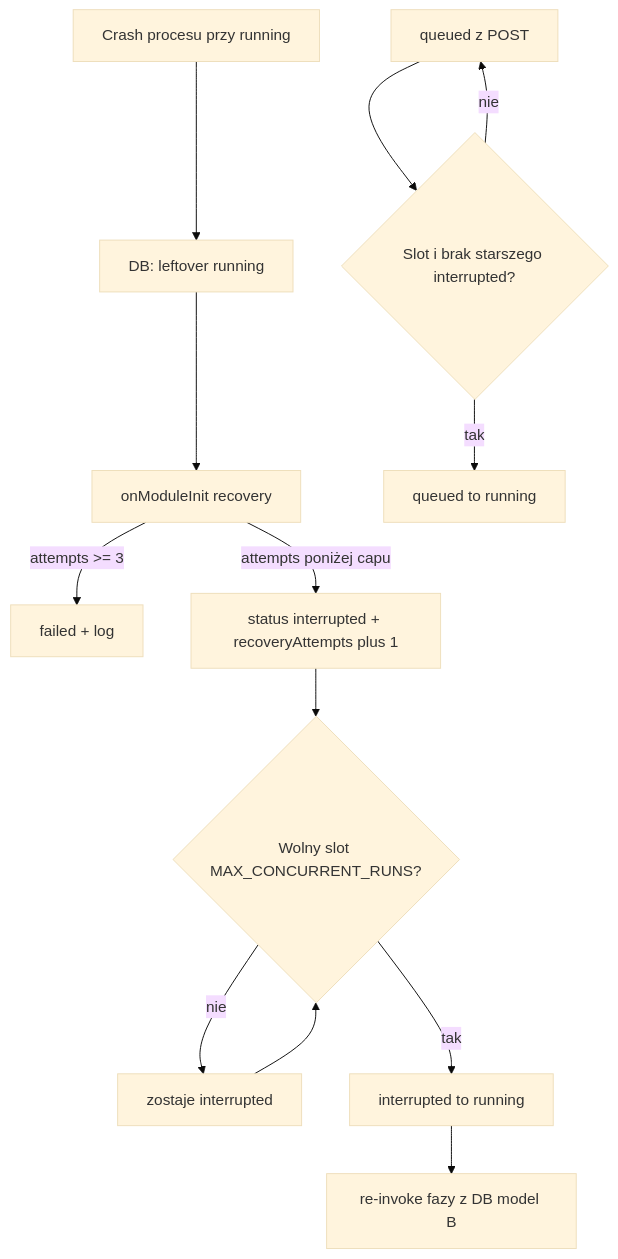
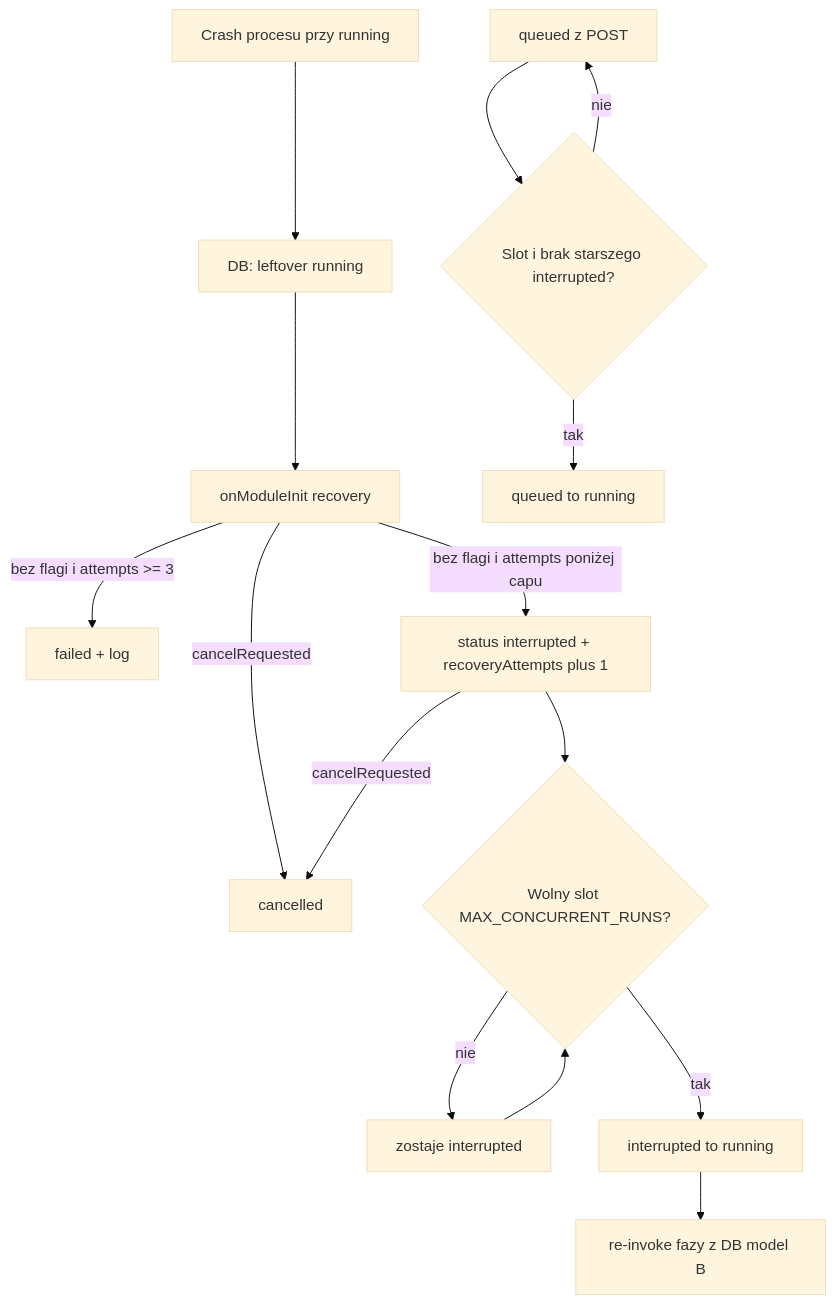
One commit to matej2314/content-chain changed the sixth of 7 diagrams in docs/data_flow.md. Above: the diagram before and after it, drawn with Mermaid (base theme). The commit also changed other lines of this file and 25 other files, not shown here.

````diff
--- a/docs/data_flow.md
+++ b/docs/data_flow.md
@@ -233,15 +241,17 @@
 ```mermaid
 flowchart TB
   Crash[Crash procesu przy running] --> Leftover[DB: leftover running]
   Leftover --> Boot[onModuleInit recovery]
-  Boot -->|attempts >= 3| Fail[failed + log]
-  Boot -->|attempts poniżej capu| Int[status interrupted + recoveryAttempts plus 1]
+  Boot -->|cancelRequested| Cancelled[cancelled]
+  Boot -->|bez flagi i attempts >= 3| Fail[failed + log]
+  Boot -->|bez flagi i attempts poniżej capu| Int[status interrupted + recoveryAttempts plus 1]
+  Int -->|cancelRequested| Cancelled
   Int --> Slot{Wolny slot MAX_CONCURRENT_RUNS?}
   Slot -->|nie| Wait[zostaje interrupted]
   Slot -->|tak| Claim[interrupted to running]
   Claim --> Pipe[re-invoke fazy z DB model B]
   Wait --> Slot
   Queued[queued z POST] --> SlotQ{Slot i brak starszego interrupted?}
   SlotQ -->|tak| QRun[queued to running]
   SlotQ -->|nie| Queued
 ```
````
